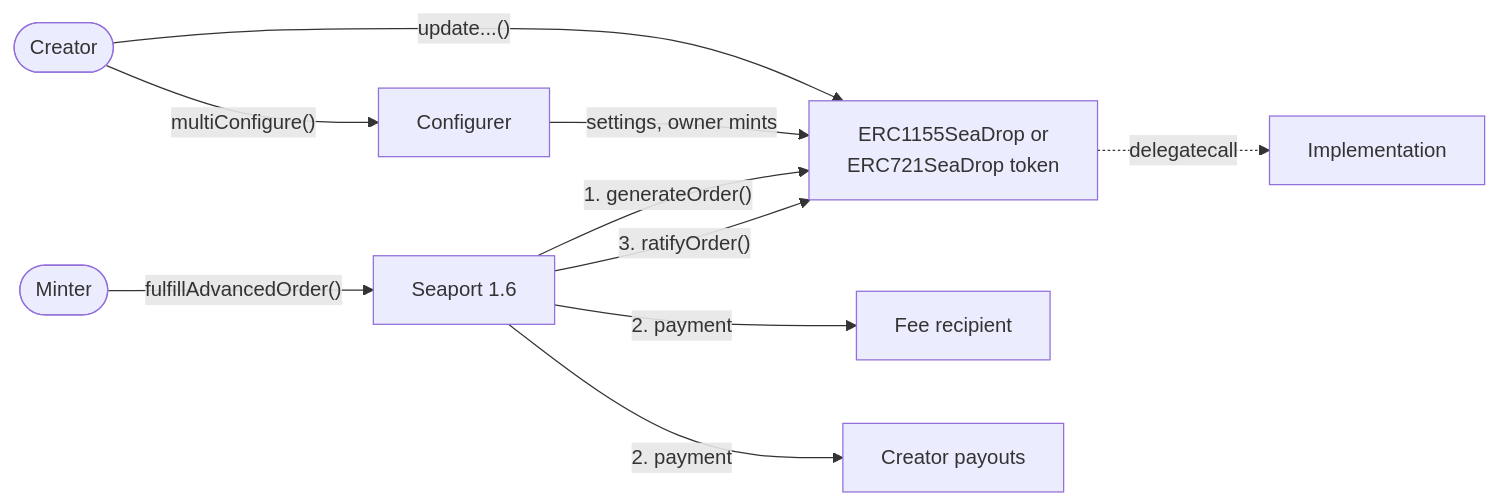
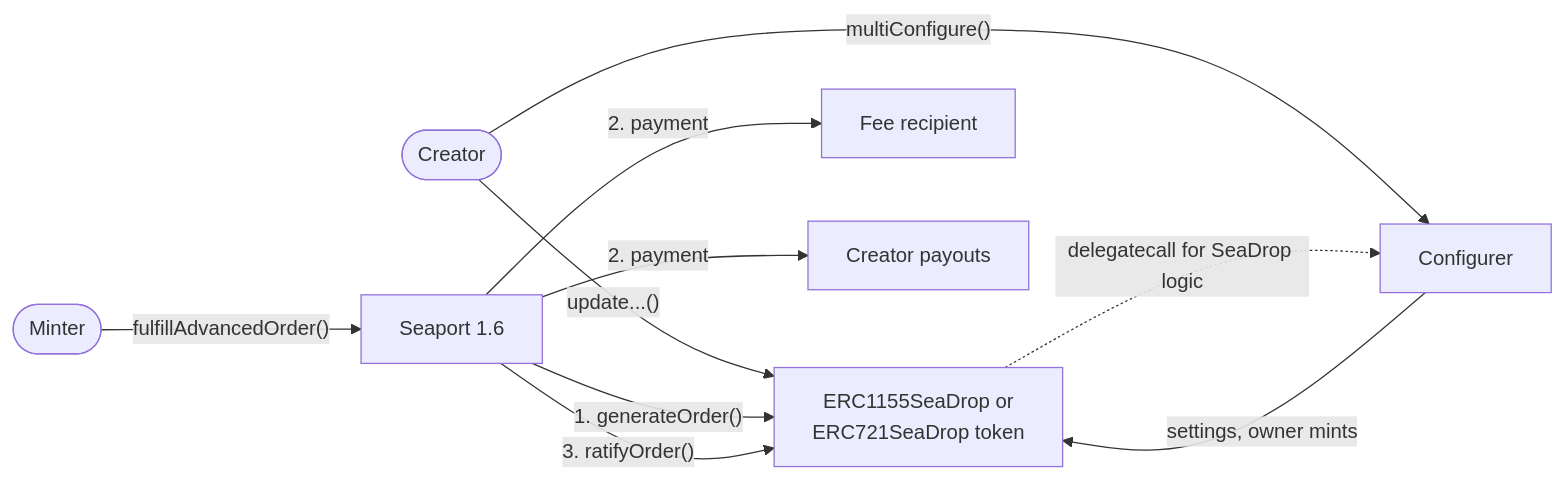
The diagram in README.md (ProjectOpenSea/seadrop), drawn with Mermaid before and after one commit. The commit also changed other lines of this file, not shown here.

Commit message:
Show the configurer as the token's delegatecall target

````diff
--- a/README.md
+++ b/README.md
@@ -26,12 +26,12 @@
 ```mermaid
 flowchart LR
     creator([Creator]) -->|"update...()"| token["ERC1155SeaDrop or<br/>ERC721SeaDrop token"]
     creator -->|"multiConfigure()"| configurer["Configurer"]
     configurer -->|"settings, owner mints"| token
     minter([Minter]) -->|"fulfillAdvancedOrder()"| seaport["Seaport 1.6"]
     seaport -->|"1. generateOrder()"| token
     seaport -->|"2. payment"| fee["Fee recipient"]
     seaport -->|"2. payment"| payouts["Creator payouts"]
     seaport -->|"3. ratifyOrder()"| token
-    token -.->|"delegatecall"| impl["Implementation"]
+    token -.->|"delegatecall for SeaDrop logic"| configurer
 ```
````
